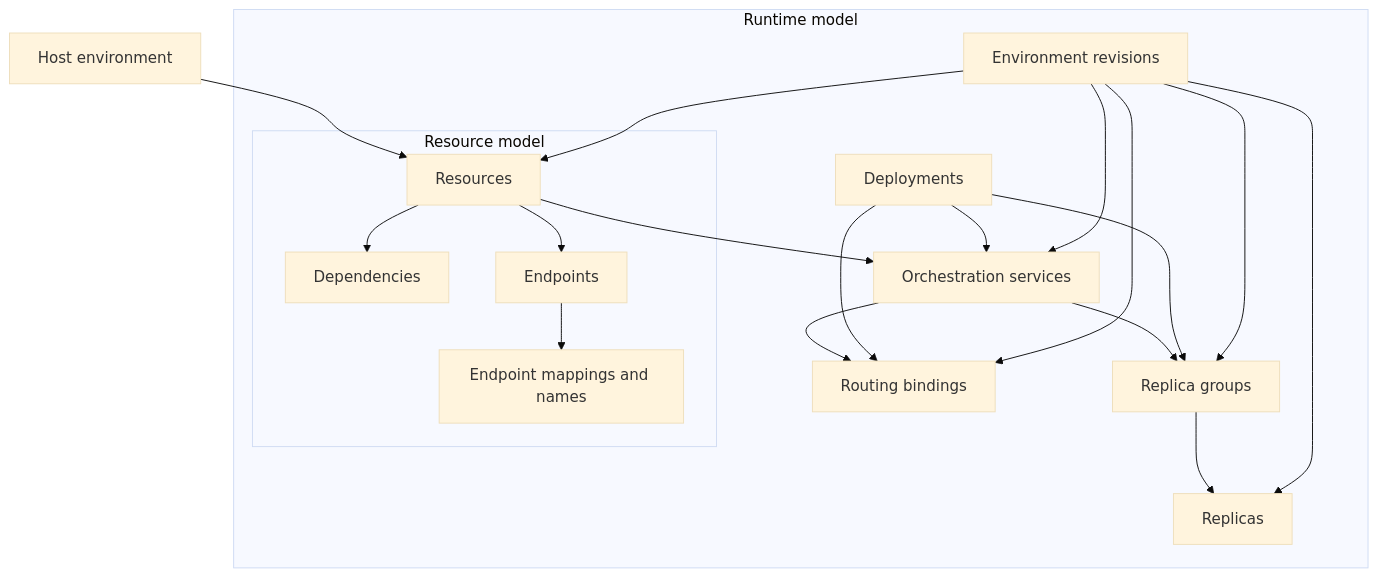
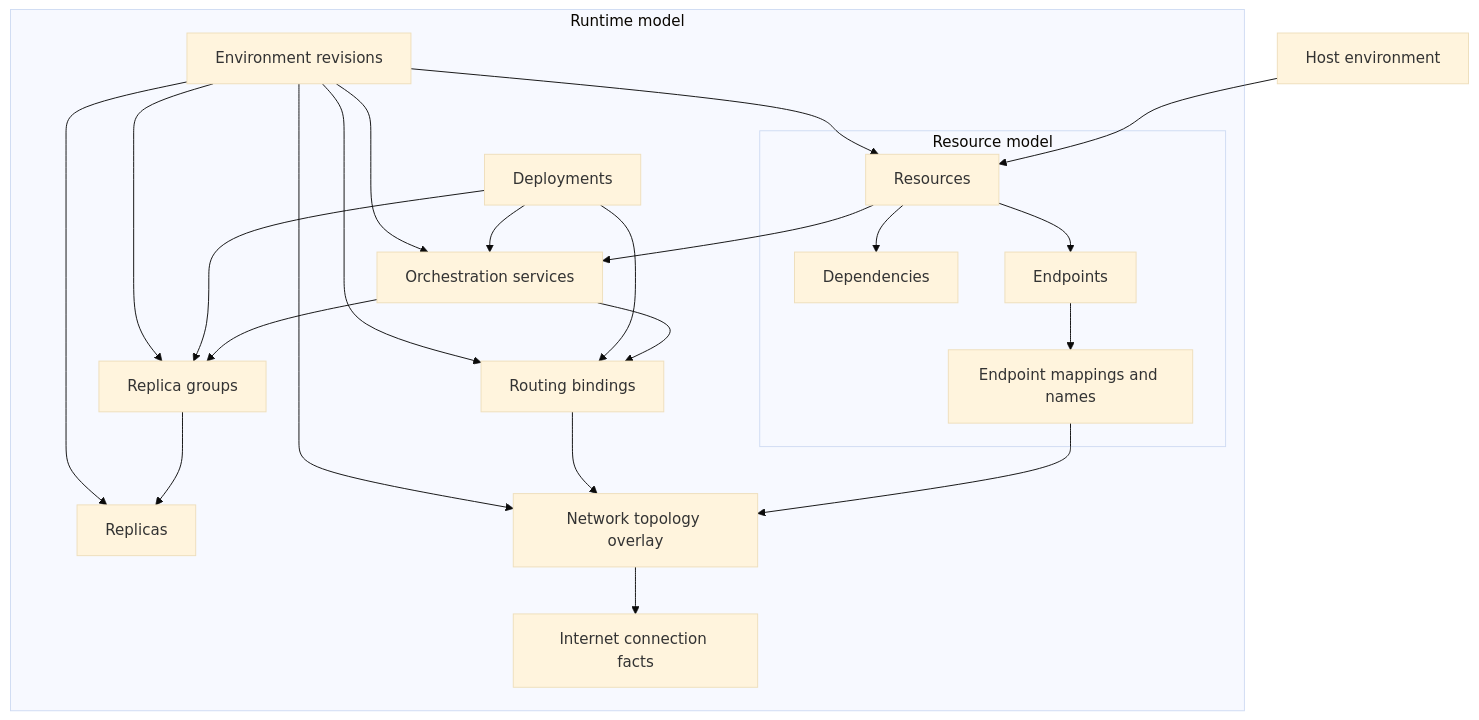
The first of 2 diagrams in docs/domain-model.md (marinasundstrom/CloudShell), drawn with Mermaid (base theme) before and after one commit. The commit also changed other lines of this file and 7 other files, not shown here.

````diff
--- a/docs/domain-model.md
+++ b/docs/domain-model.md
@@ -286,37 +296,43 @@
 ```mermaid
 flowchart TB
     host["Host environment"]
 
     subgraph runtimeModel["Runtime model"]
         subgraph resourceModel["Resource model"]
             runtimeResources["Resources"]
             dependencies["Dependencies"]
             endpoints["Endpoints"]
             mappings["Endpoint mappings and names"]
         end
 
         services["Orchestration services"]
         replicaGroups["Replica groups"]
         replicas["Replicas"]
         routing["Routing bindings"]
+        topology["Network topology overlay"]
+        internet["Internet connection facts"]
         deployments["Deployments"]
         revisions["Environment revisions"]
     end
 
     host --> runtimeResources
     runtimeResources --> dependencies
     runtimeResources --> endpoints
     endpoints --> mappings
+    mappings --> topology
+    topology --> internet
     runtimeResources --> services
     services --> replicaGroups
     replicaGroups --> replicas
     services --> routing
+    routing --> topology
     deployments --> services
     deployments --> replicaGroups
     deployments --> routing
     revisions --> runtimeResources
     revisions --> services
     revisions --> replicaGroups
     revisions --> replicas
     revisions --> routing
+    revisions --> topology
 ```
````
